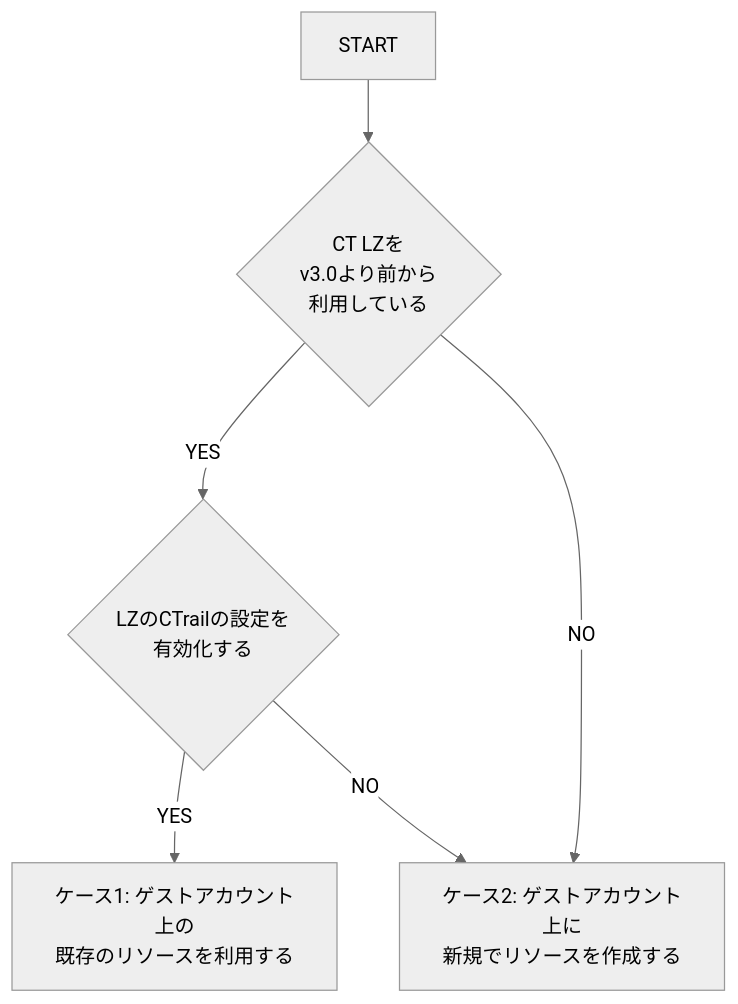
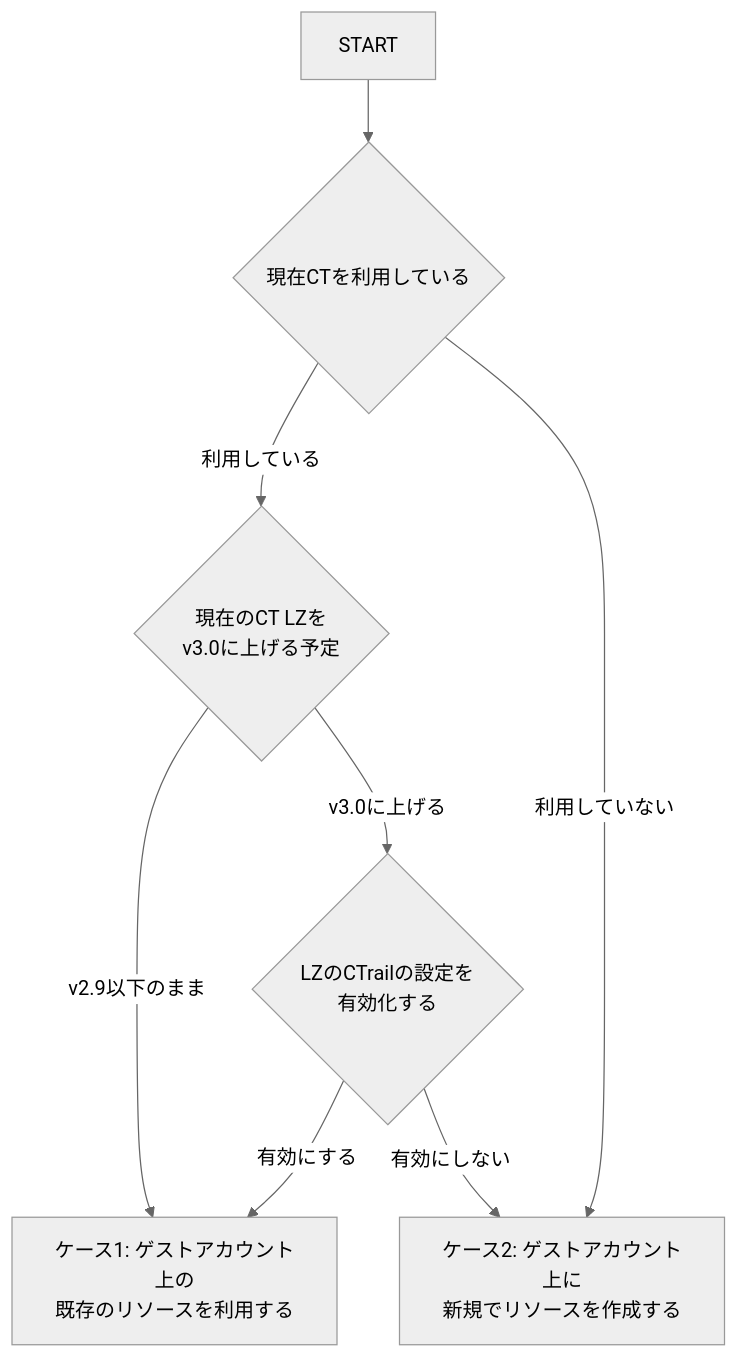
The diagram in usecases/base-ct-guest/README_ja.md (aws-samples/baseline-environment-on-aws), drawn with Mermaid (neutral theme) before and after one commit. The commit also changed other lines of this file and 3 other files, not shown here.

````diff
--- a/usecases/base-ct-guest/README_ja.md
+++ b/usecases/base-ct-guest/README_ja.md
@@ -31,8 +31,10 @@
 ```mermaid
 flowchart TD
-A[START] --> B{CT LZを<br>v3.0より前から<br>利用している}
-B -->|YES| D{LZのCTrailの設定を<br>有効化する}
-D -->|YES| F[ケース1: ゲストアカウント上の<br>既存のリソースを利用する]
-D -->|NO| G[ケース2: ゲストアカウント上に<br>新規でリソースを作成する]
-B -->|NO| G
+A[START] --> B{現在CTを利用している}
+B -->|利用している| C{現在のCT LZを<br>v3.0に上げる予定}
+C -->|v3.0に上げる| D{LZのCTrailの設定を<br>有効化する}
+C -->|v2.9以下のまま| F
+D -->|有効にする| F[ケース1: ゲストアカウント上の<br>既存のリソースを利用する]
+D -->|有効にしない| G[ケース2: ゲストアカウント上に<br>新規でリソースを作成する]
+B -->|利用していない| G
 ```
````
